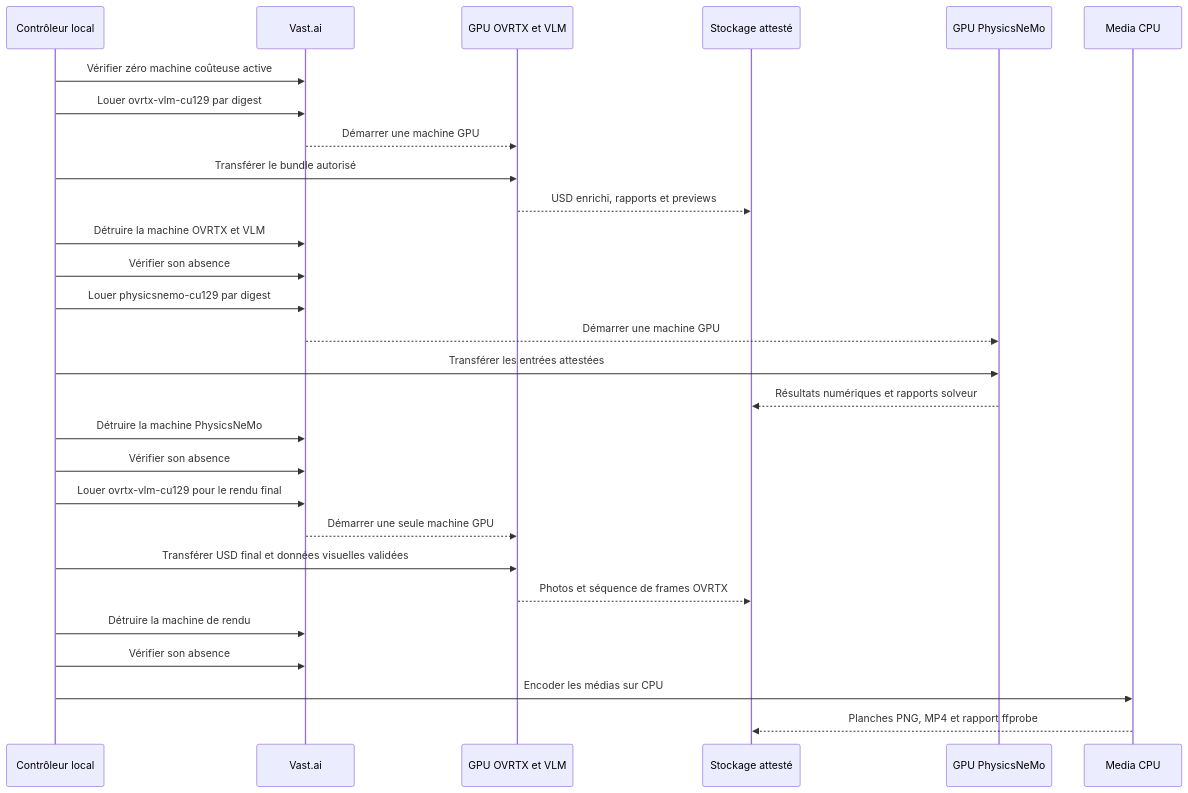
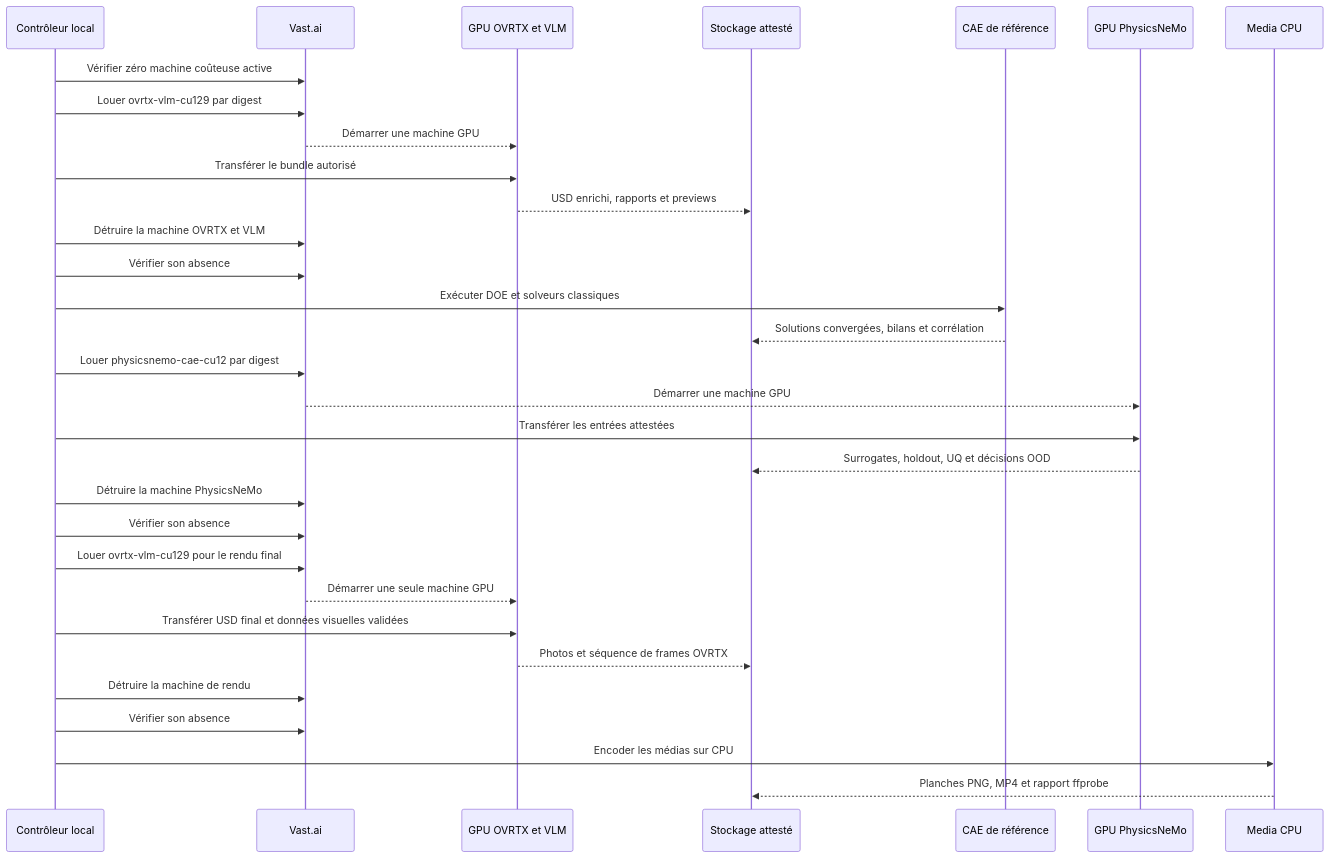
Before and after one commit to cluster2600/porscheparts: the second of 3 diagrams in docs/917_MODULAR_COMPUTE_STACK.md, drawn with Mermaid. The commit also changed other lines of this file and 8 other files, not shown here.

````diff
--- a/docs/917_MODULAR_COMPUTE_STACK.md
+++ b/docs/917_MODULAR_COMPUTE_STACK.md
@@ -124,34 +139,38 @@
 ```mermaid
 sequenceDiagram
     participant C as Contrôleur local
     participant V as Vast.ai
     participant O as GPU OVRTX et VLM
     participant S as Stockage attesté
+    participant R as CAE de référence
     participant P as GPU PhysicsNeMo
     participant M as Media CPU
 
     C->>V: Vérifier zéro machine coûteuse active
     C->>V: Louer ovrtx-vlm-cu129 par digest
     V-->>O: Démarrer une machine GPU
     C->>O: Transférer le bundle autorisé
     O-->>S: USD enrichi, rapports et previews
     C->>V: Détruire la machine OVRTX et VLM
     C->>V: Vérifier son absence
 
-    C->>V: Louer physicsnemo-cu129 par digest
+    C->>R: Exécuter DOE et solveurs classiques
+    R-->>S: Solutions convergées, bilans et corrélation
+
+    C->>V: Louer physicsnemo-cae-cu12 par digest
     V-->>P: Démarrer une machine GPU
     C->>P: Transférer les entrées attestées
-    P-->>S: Résultats numériques et rapports solveur
+    P-->>S: Surrogates, holdout, UQ et décisions OOD
     C->>V: Détruire la machine PhysicsNeMo
     C->>V: Vérifier son absence
 
     C->>V: Louer ovrtx-vlm-cu129 pour le rendu final
     V-->>O: Démarrer une seule machine GPU
     C->>O: Transférer USD final et données visuelles validées
     O-->>S: Photos et séquence de frames OVRTX
     C->>V: Détruire la machine de rendu
     C->>V: Vérifier son absence
 
     C->>M: Encoder les médias sur CPU
     M-->>S: Planches PNG, MP4 et rapport ffprobe
 ```
````
